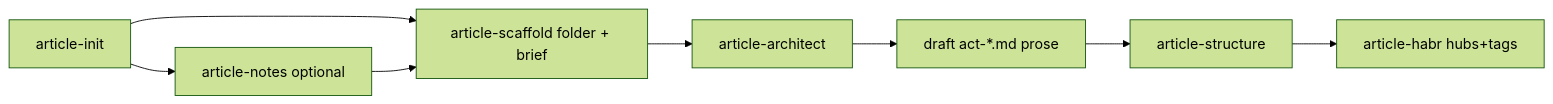
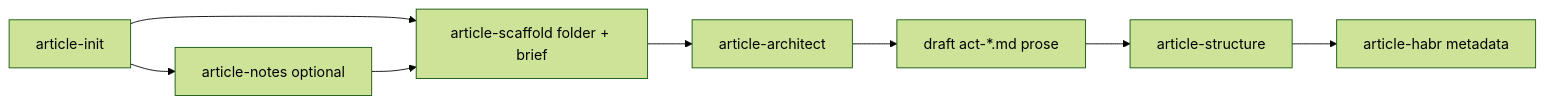
The diagram in skills/article-assistant/SKILL.md (sergeychernov/article-writing-kit), drawn with Mermaid (forest theme) before and after one commit. The commit also changed other lines of this file and 19 other files, not shown here.

First line of the commit message:
feat: enhance article-habr skill with complexity selection and update registries

````diff
--- a/skills/article-assistant/SKILL.md
+++ b/skills/article-assistant/SKILL.md
@@ -23,18 +23,18 @@
 ```mermaid
 flowchart LR
     Init["article-init"]
     Notes["article-notes optional"]
     Scaffold["article-scaffold folder + brief"]
     Architect["article-architect"]
     Draft["draft act-*.md prose"]
     Structure["article-structure"]
-    Habr["article-habr hubs+tags"]
+    Habr["article-habr metadata"]
 
     Init --> Notes
     Init --> Scaffold
     Notes --> Scaffold
     Scaffold --> Architect
     Architect --> Draft
     Draft --> Structure
     Structure --> Habr
 ```
````
